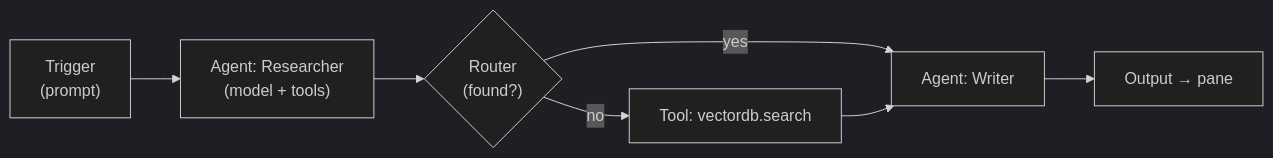
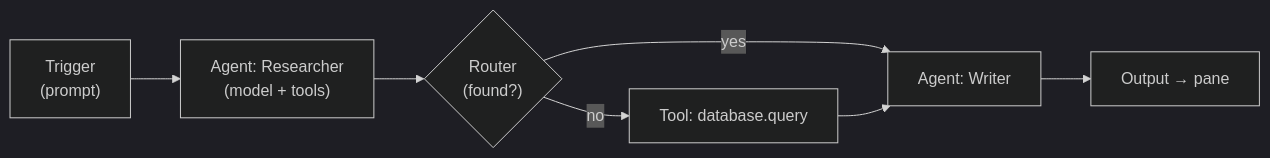
Before and after one commit to ConstCorrectness/horrible-dashboard: the diagram in docs/modules/flow-canvas.mdx, drawn with Mermaid (dark theme). The commit also changed other lines of this file and 56 other files, not shown here.

First line of the commit message:
Rename vectordb → database module; add pluggable driver layer and SQL console

````diff
--- a/docs/modules/flow-canvas.mdx
+++ b/docs/modules/flow-canvas.mdx
@@ -112,9 +112,9 @@
 ```mermaid
 flowchart LR
     T["Trigger<br/>(prompt)"] --> A1["Agent: Researcher<br/>(model + tools)"]
     A1 --> R{"Router<br/>(found?)"}
     R -->|yes| A2["Agent: Writer"]
-    R -->|no| TL["Tool: vectordb.search"]
+    R -->|no| TL["Tool: database.query"]
     TL --> A2
     A2 --> O["Output → pane"]
 ```
````
